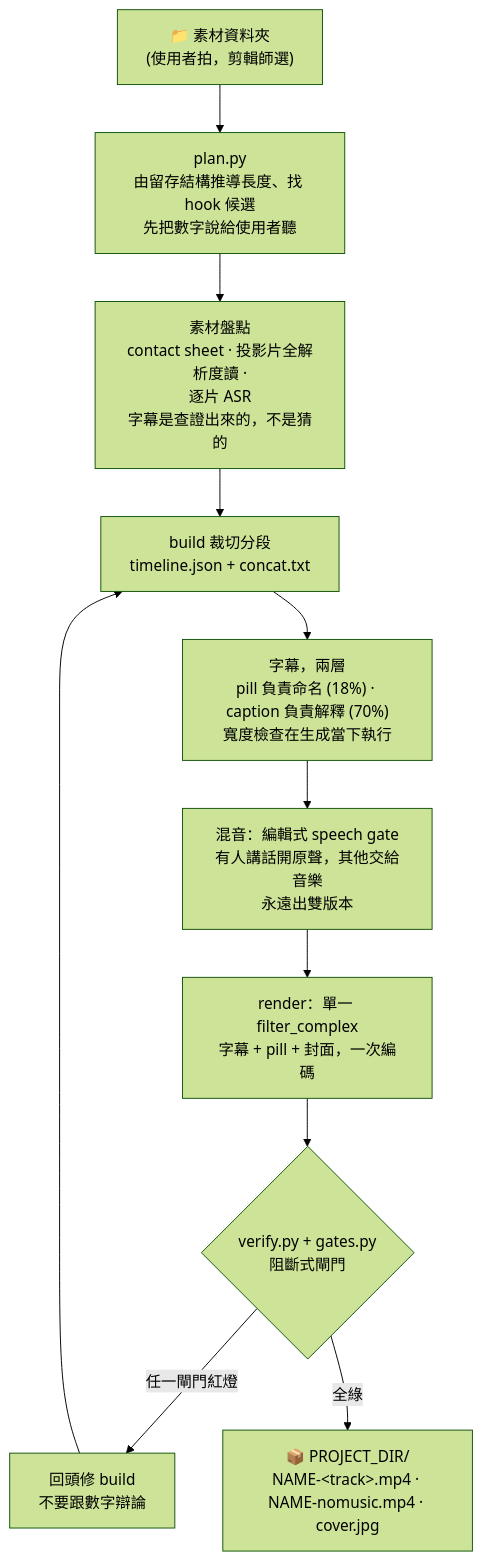
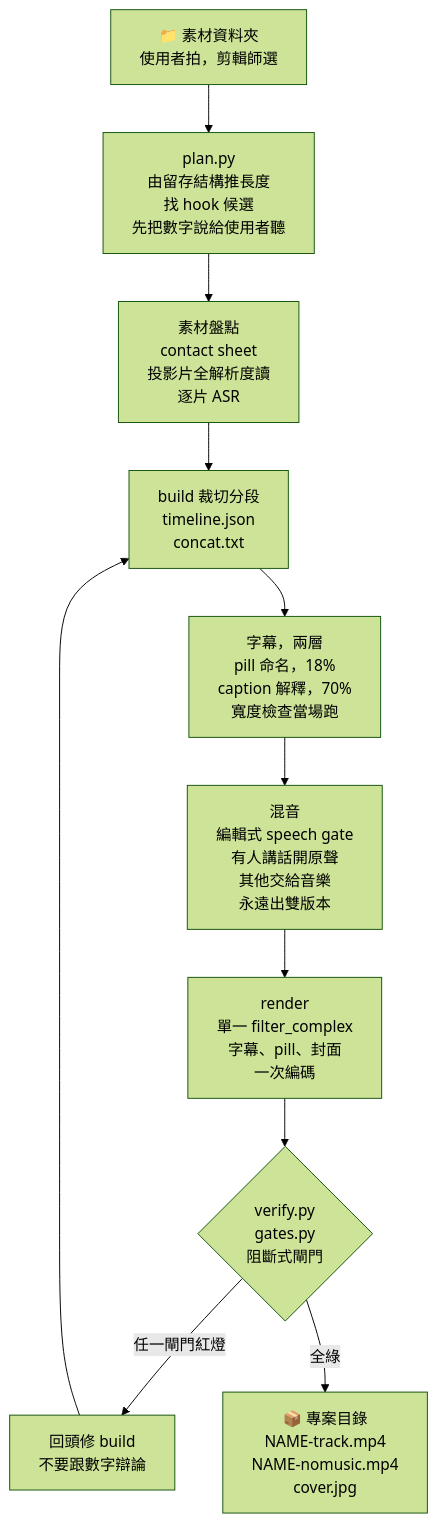
Before and after one commit to chyiiiiiiiiiiii/yiibu: the diagram in README.zh-TW.md, drawn with Mermaid (forest theme). The commit also changed other lines of this file and 5 other files, not shown here.

````diff
--- a/README.zh-TW.md
+++ b/README.zh-TW.md
@@ -31,12 +45,12 @@
 ```mermaid
 flowchart TD
-    A["📁 素材資料夾<br/>(使用者拍，剪輯師選)"] --> P["plan.py<br/>由留存結構推導長度、找 hook 候選<br/>先把數字說給使用者聽"]
-    P --> I["素材盤點<br/>contact sheet · 投影片全解析度讀 ·<br/>逐片 ASR<br/>字幕是查證出來的，不是猜的"]
-    I --> B["build 裁切分段<br/>timeline.json + concat.txt"]
-    B --> C["字幕，兩層<br/>pill 負責命名 (18%) · caption 負責解釋 (70%)<br/>寬度檢查在生成當下執行"]
-    C --> M["混音：編輯式 speech gate<br/>有人講話開原聲，其他交給音樂<br/>永遠出雙版本"]
-    M --> R["render：單一 filter_complex<br/>字幕 + pill + 封面，一次編碼"]
-    R --> G{"verify.py + gates.py<br/>阻斷式閘門"}
+    A["📁 素材資料夾<br/>使用者拍，剪輯師選"] --> P["plan.py<br/>由留存結構推長度<br/>找 hook 候選<br/>先把數字說給使用者聽"]
+    P --> I["素材盤點<br/>contact sheet<br/>投影片全解析度讀<br/>逐片 ASR"]
+    I --> B["build 裁切分段<br/>timeline.json<br/>concat.txt"]
+    B --> C["字幕，兩層<br/>pill 命名，18%<br/>caption 解釋，70%<br/>寬度檢查當場跑"]
+    C --> M["混音<br/>編輯式 speech gate<br/>有人講話開原聲<br/>其他交給音樂<br/>永遠出雙版本"]
+    M --> R["render<br/>單一 filter_complex<br/>字幕、pill、封面<br/>一次編碼"]
+    R --> G{"verify.py<br/>gates.py<br/>阻斷式閘門"}
     G -->|任一閘門紅燈| F["回頭修 build<br/>不要跟數字辯論"] --> B
-    G -->|全綠| D["📦 PROJECT_DIR/<br/>NAME-&lt;track&gt;.mp4 · NAME-nomusic.mp4 · cover.jpg"]
+    G -->|全綠| D["📦 專案目錄<br/>NAME-track.mp4<br/>NAME-nomusic.mp4<br/>cover.jpg"]
 ```
````
